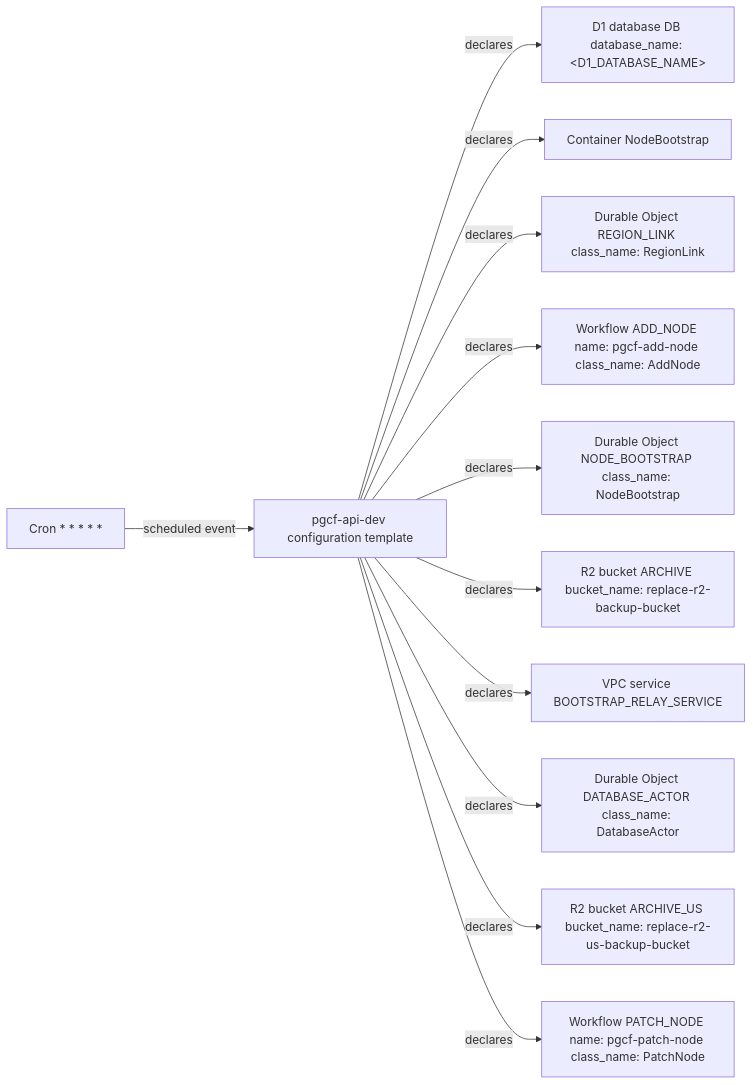
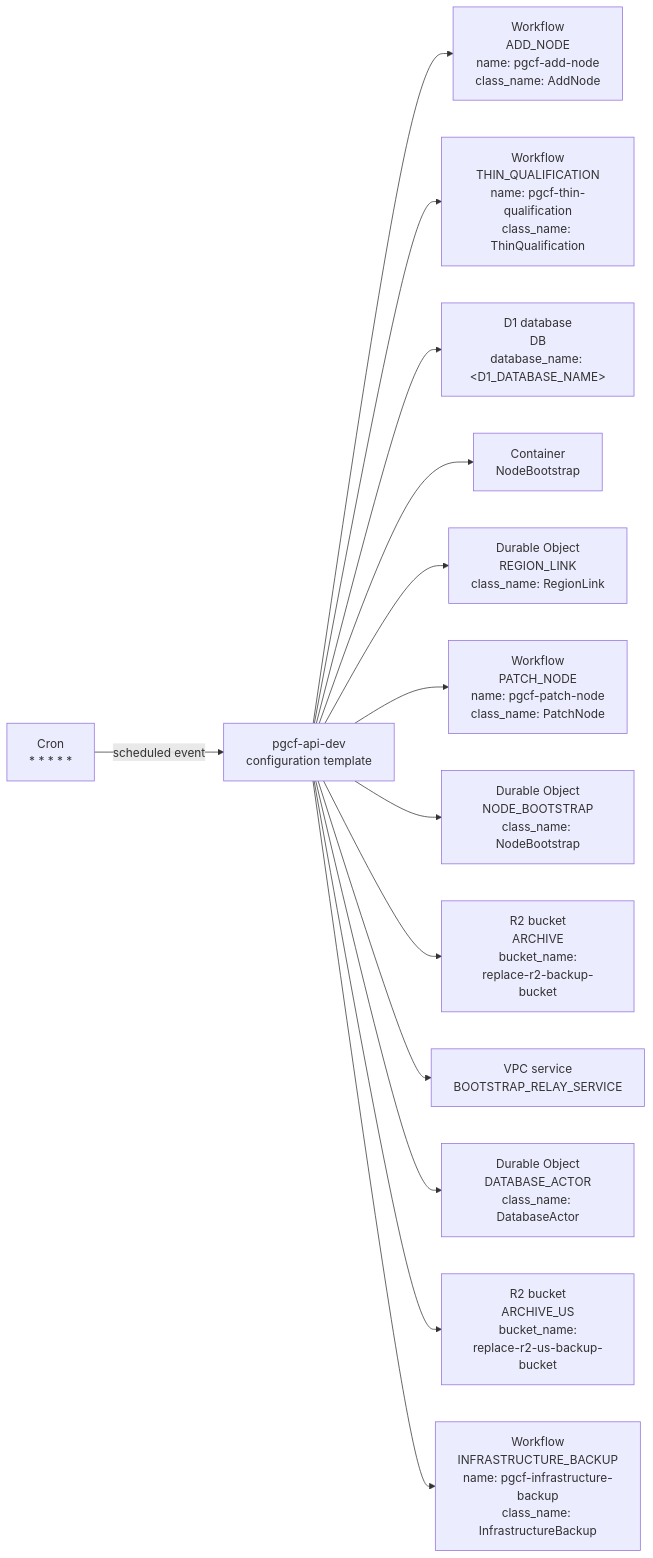
Before and after one commit to amerged-org/cloudflare-postgres: the diagram in docs/architecture/mermaider/api-resources.md, drawn with Mermaid. The commit also changed other lines of this file and 15 other files, not shown here.

First line of the commit message:
docs: regenerate architecture diagrams with Mermaider 0.1.1

````diff
--- a/docs/architecture/mermaider/api-resources.md
+++ b/docs/architecture/mermaider/api-resources.md
@@ -9,26 +9,30 @@
 ```mermaid
 flowchart LR
-    n_839713e89618["Cron * * * * *"]
-    n_f305dbc12c79["D1 database DB database_name: #60;D1_DATABASE_NAME#62;"]
-    n_049ba2d64372["Workflow ADD_NODE name: pgcf-add-node class_name: AddNode"]
-    n_36ffcdc5f79f["Workflow PATCH_NODE name: pgcf-patch-node class_name: PatchNode"]
-    n_71083a5197e9["R2 bucket ARCHIVE bucket_name: replace-r2-backup-bucket"]
-    n_12eaf448c6b2["R2 bucket ARCHIVE_US bucket_name: replace-r2-us-backup-bucket"]
-    n_056b63fe76be["Durable Object DATABASE_ACTOR class_name: DatabaseActor"]
-    n_926733166afd["VPC service BOOTSTRAP_RELAY_SERVICE"]
-    n_c09d9079b0a9["Container NodeBootstrap"]
-    n_d0efe52f1f47["Durable Object NODE_BOOTSTRAP class_name: NodeBootstrap"]
-    n_7a30182df25a["pgcf-api-dev configuration template"]
-    n_260ca5b8b289["Durable Object REGION_LINK class_name: RegionLink"]
-    n_7a30182df25a -->|"declares"| n_f305dbc12c79
-    n_7a30182df25a -->|"declares"| n_c09d9079b0a9
-    n_7a30182df25a -->|"declares"| n_260ca5b8b289
+    n_839713e89618["Cron<br/>* * * * *"]
+    n_f305dbc12c79["D1 database<br/>DB<br/>database_name: #60;D1_DATABASE_NAME#62;"]
+    n_aa93ed8be291["Workflow<br/>THIN_QUALIFICATION<br/>name: pgcf-thin-qualification<br/>class_name: ThinQualification"]
+    n_049ba2d64372["Workflow<br/>PATCH_NODE<br/>name: pgcf-patch-node<br/>class_name: PatchNode"]
+    n_36ffcdc5f79f["Workflow<br/>INFRASTRUCTURE_BACKUP<br/>name: pgcf-infrastructure-backup<br/>class_name: InfrastructureBackup"]
+    n_0775d02dbb64["Workflow<br/>ADD_NODE<br/>name: pgcf-add-node<br/>class_name: AddNode"]
+    n_71083a5197e9["R2 bucket<br/>ARCHIVE<br/>bucket_name:<br/>replace-r2-backup-bucket"]
+    n_12eaf448c6b2["R2 bucket<br/>ARCHIVE_US<br/>bucket_name:<br/>replace-r2-us-backup-bucket"]
+    n_056b63fe76be["Durable Object<br/>DATABASE_ACTOR<br/>class_name: DatabaseActor"]
+    n_926733166afd["VPC service<br/>BOOTSTRAP_RELAY_SERVICE"]
+    n_c09d9079b0a9["Container<br/>NodeBootstrap"]
+    n_d0efe52f1f47["Durable Object<br/>NODE_BOOTSTRAP<br/>class_name: NodeBootstrap"]
+    n_7a30182df25a["pgcf-api-dev<br/>configuration template"]
+    n_260ca5b8b289["Durable Object<br/>REGION_LINK<br/>class_name: RegionLink"]
+    n_7a30182df25a --> n_0775d02dbb64
+    n_7a30182df25a --> n_aa93ed8be291
+    n_7a30182df25a --> n_f305dbc12c79
+    n_7a30182df25a --> n_c09d9079b0a9
+    n_7a30182df25a --> n_260ca5b8b289
     n_839713e89618 -->|"scheduled event"| n_7a30182df25a
-    n_7a30182df25a -->|"declares"| n_049ba2d64372
-    n_7a30182df25a -->|"declares"| n_d0efe52f1f47
-    n_7a30182df25a -->|"declares"| n_71083a5197e9
-    n_7a30182df25a -->|"declares"| n_926733166afd
-    n_7a30182df25a -->|"declares"| n_056b63fe76be
-    n_7a30182df25a -->|"declares"| n_12eaf448c6b2
-    n_7a30182df25a -->|"declares"| n_36ffcdc5f79f
+    n_7a30182df25a --> n_049ba2d64372
+    n_7a30182df25a --> n_d0efe52f1f47
+    n_7a30182df25a --> n_71083a5197e9
+    n_7a30182df25a --> n_926733166afd
+    n_7a30182df25a --> n_056b63fe76be
+    n_7a30182df25a --> n_12eaf448c6b2
+    n_7a30182df25a --> n_36ffcdc5f79f
 ```
````
